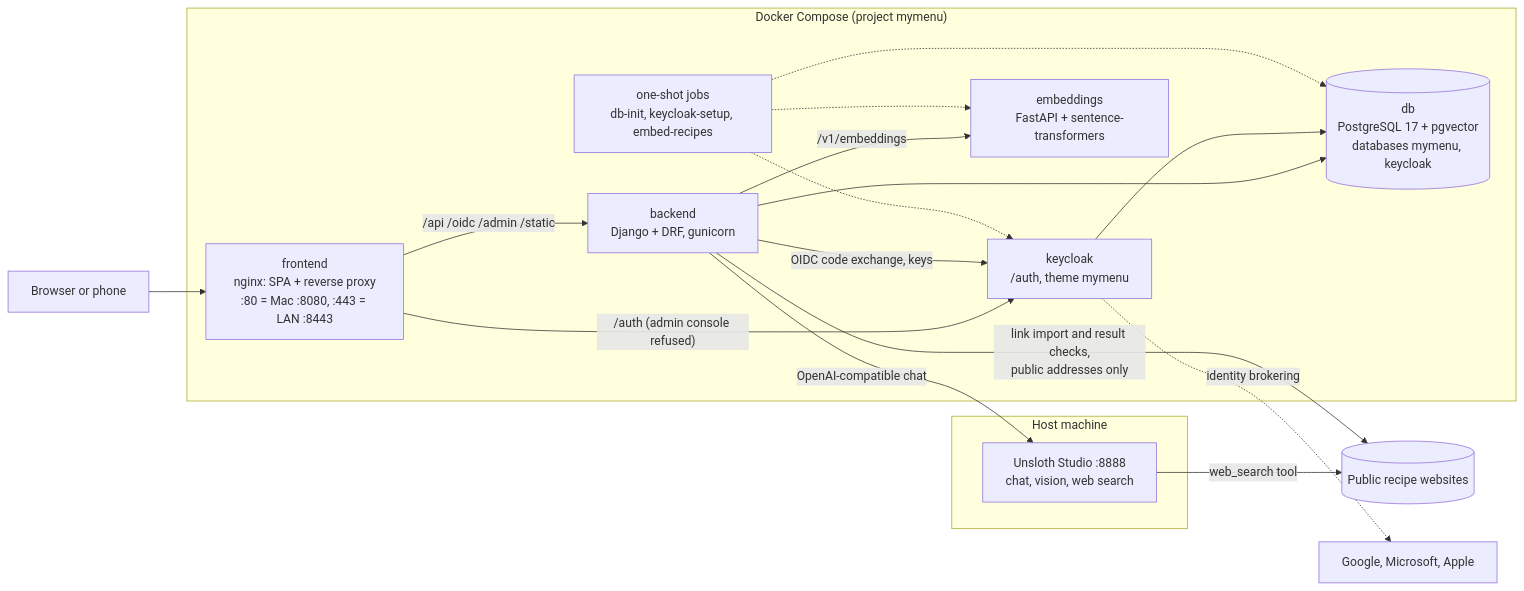
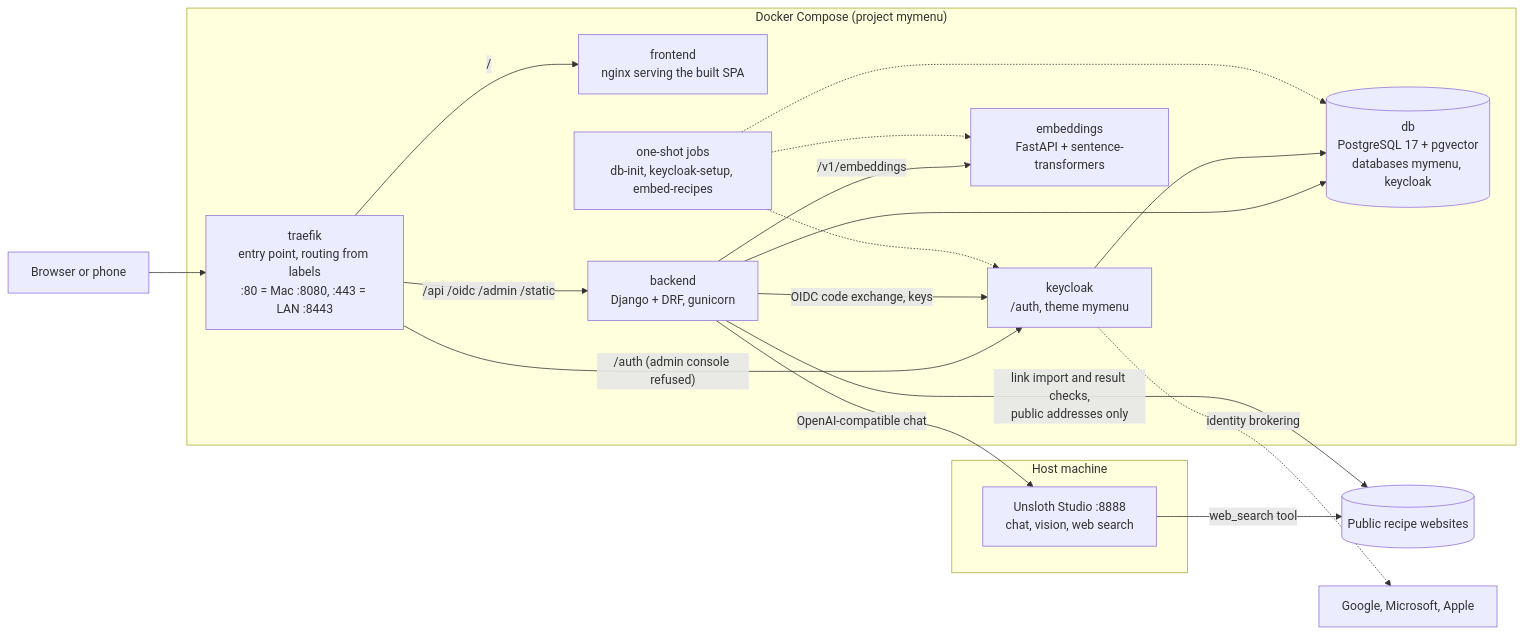
Before and after one commit to PaoloneM/platemates: the first of 3 diagrams in docs/architecture.md, drawn with Mermaid. The commit also changed other lines of this file and 11 other files, not shown here.

First line of the commit message:
Traefik as the entry point; nginx only serves the SPA

````diff
--- a/docs/architecture.md
+++ b/docs/architecture.md
@@ -8,35 +8,37 @@
 ```mermaid
 flowchart LR
     user["Browser or phone"]
 
     subgraph compose["Docker Compose (project mymenu)"]
-        nginx["frontend<br/>nginx: SPA + reverse proxy<br/>:80 = Mac :8080, :443 = LAN :8443"]
+        traefik["traefik<br/>entry point, routing from labels<br/>:80 = Mac :8080, :443 = LAN :8443"]
+        spa["frontend<br/>nginx serving the built SPA"]
         backend["backend<br/>Django + DRF, gunicorn"]
         keycloak["keycloak<br/>/auth, theme mymenu"]
         db[("db<br/>PostgreSQL 17 + pgvector<br/>databases mymenu, keycloak")]
         embeddings["embeddings<br/>FastAPI + sentence-transformers"]
         jobs["one-shot jobs<br/>db-init, keycloak-setup, embed-recipes"]
     end
 
     subgraph host["Host machine"]
         studio["Unsloth Studio :8888<br/>chat, vision, web search"]
     end
 
     web[("Public recipe websites")]
     idp["Google, Microsoft, Apple"]
 
-    user --> nginx
-    nginx -- "/api /oidc /admin /static" --> backend
-    nginx -- "/auth (admin console refused)" --> keycloak
+    user --> traefik
+    traefik -- "/" --> spa
+    traefik -- "/api /oidc /admin /static" --> backend
+    traefik -- "/auth (admin console refused)" --> keycloak
     backend -- "OIDC code exchange, keys" --> keycloak
     backend --> db
     keycloak --> db
     backend -- "OpenAI-compatible chat" --> studio
     backend -- "/v1/embeddings" --> embeddings
     backend -- "link import and result checks,<br/>public addresses only" --> web
     studio -- "web_search tool" --> web
     keycloak -. "identity brokering" .-> idp
     jobs -.-> db
     jobs -.-> keycloak
     jobs -.-> embeddings
 ```
````
